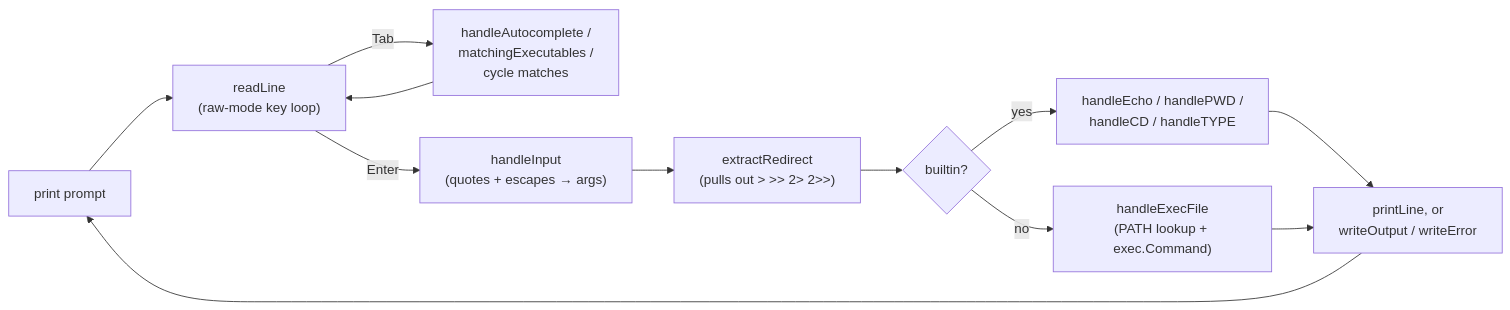
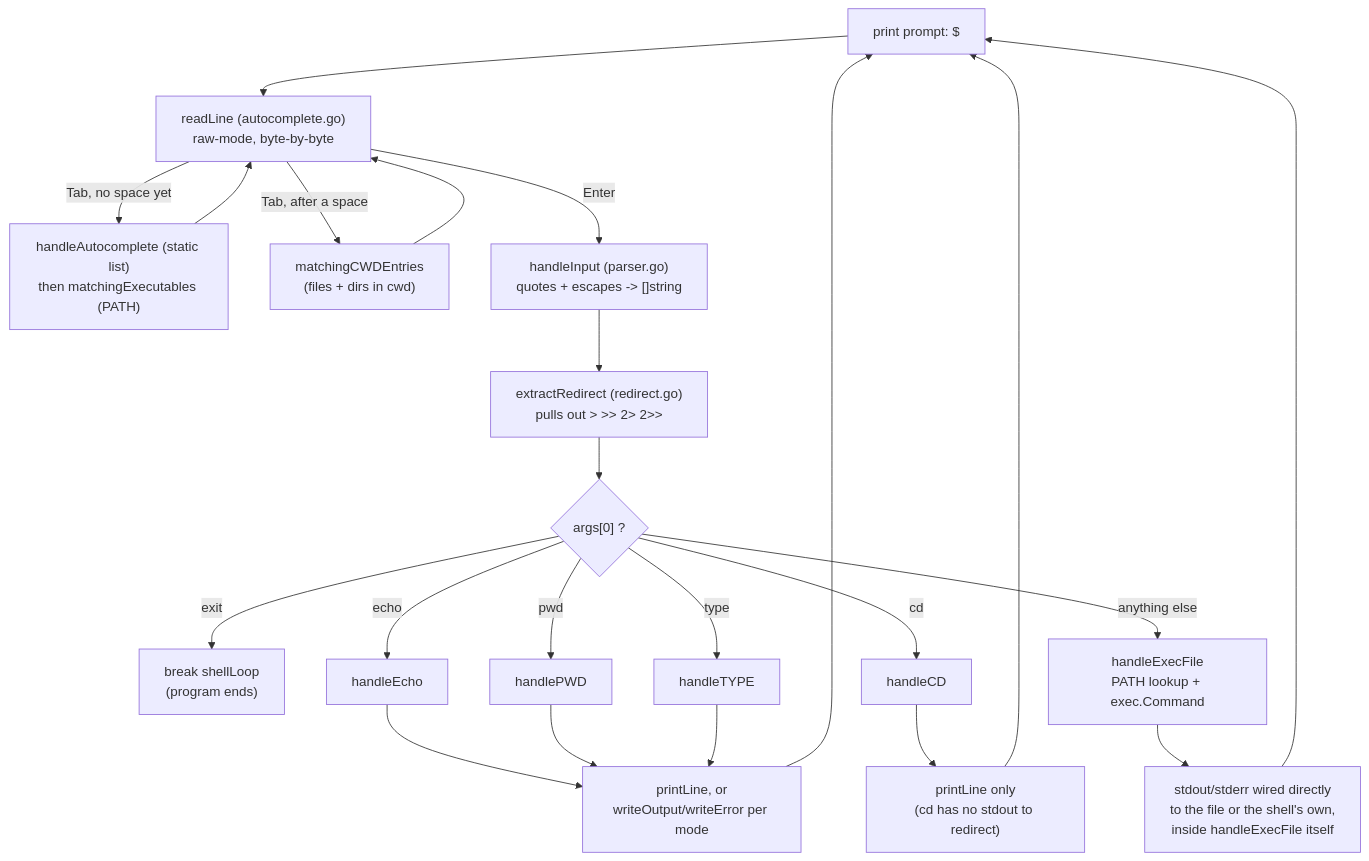
Before and after one commit to retroengine/shell-golang: the diagram in README.md, drawn with Mermaid. The commit also changed other lines of this file and 2 other files, not shown here.

Commit message:
update readme.md and remove autocomplete func

````diff
--- a/README.md
+++ b/README.md
@@ -194,14 +308,25 @@
 ```mermaid
-flowchart LR
-    A["print prompt"] --> B["readLine\n(raw-mode key loop)"]
-    B -- Tab --> C["handleAutocomplete /\nmatchingExecutables /\ncycle matches"]
-    C --> B
-    B -- Enter --> D["handleInput\n(quotes + escapes → args)"]
-    D --> E["extractRedirect\n(pulls out > >> 2> 2>>)"]
-    E --> F{builtin?}
-    F -- yes --> G["handleEcho / handlePWD /\nhandleCD / handleTYPE"]
-    F -- no --> H["handleExecFile\n(PATH lookup + exec.Command)"]
-    G --> I["printLine, or\nwriteOutput / writeError"]
-    H --> I
+flowchart TD
+    A["print prompt: $ "] --> B["readLine (autocomplete.go)\nraw-mode, byte-by-byte"]
+    B -- "Tab, no space yet" --> C1["handleAutocomplete (static list)\nthen matchingExecutables (PATH)"]
+    B -- "Tab, after a space" --> C2["matchingCWDEntries\n(files + dirs in cwd)"]
+    C1 --> B
+    C2 --> B
+    B -- "Enter" --> D["handleInput (parser.go)\nquotes + escapes -> []string"]
+    D --> E["extractRedirect (redirect.go)\npulls out > >> 2> 2>>"]
+    E --> F{"args[0] ?"}
+    F -- "exit" --> Z["break shellLoop\n(program ends)"]
+    F -- "echo" --> G1["handleEcho"]
+    F -- "pwd" --> G2["handlePWD"]
+    F -- "cd" --> G3["handleCD"]
+    F -- "type" --> G4["handleTYPE"]
+    F -- "anything else" --> G5["handleExecFile\nPATH lookup + exec.Command"]
+    G1 --> H["printLine, or\nwriteOutput/writeError per mode"]
+    G2 --> H
+    G4 --> H
+    G3 --> I["printLine only\n(cd has no stdout to redirect)"]
+    G5 --> J["stdout/stderr wired directly\nto the file or the shell's own,\ninside handleExecFile itself"]
+    H --> A
     I --> A
+    J --> A
 ```
````
